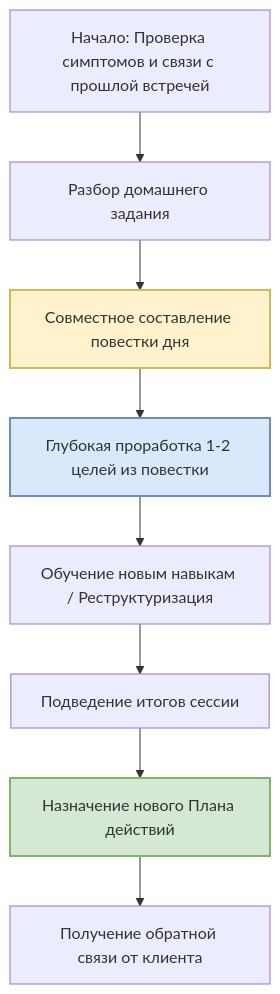
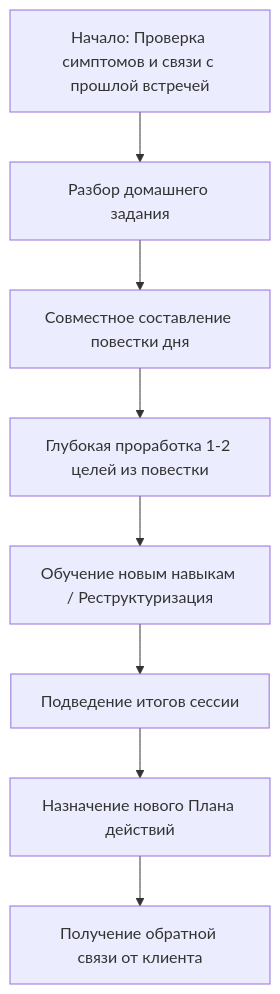
Before and after one commit to becasualle/vimutti: the diagram in content/articles/psychology/cbt/typical-cbt-session-structure-comprehensive.mdx, drawn with Mermaid. The commit also changed 30 other files, not shown here.

````diff
--- a/content/articles/psychology/cbt/typical-cbt-session-structure-comprehensive.mdx
+++ b/content/articles/psychology/cbt/typical-cbt-session-structure-comprehensive.mdx
@@ -36,14 +36,11 @@
 ```mermaid
 graph TD
     A[Начало: Проверка симптомов и связи с прошлой встречей] --> B[Разбор домашнего задания]
     B --> C[Совместное составление повестки дня]
     C --> D[Глубокая проработка 1-2 целей из повестки]
     D --> E[Обучение новым навыкам / Реструктуризация]
     E --> F[Подведение итогов сессии]
     F --> G[Назначение нового Плана действий]
     G --> H[Получение обратной связи от клиента]
 
-    style C fill:#fff2cc,stroke:#d6b656,stroke-width:2px
-    style D fill:#dae8fc,stroke:#6c8ebf,stroke-width:2px
-    style G fill:#d5e8d4,stroke:#82b366,stroke-width:2px
 ```
````
